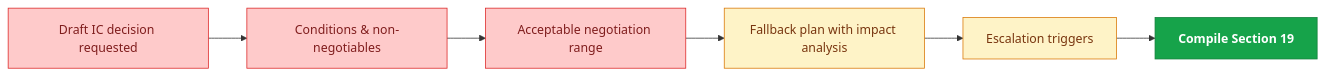
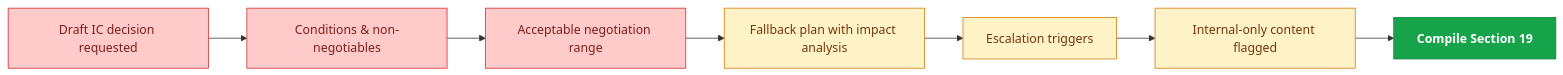
Before and after one commit to mrchanpark/IC-Memo-Flow-Chart-V2: diagram 16 of 17 in README.md, drawn with Mermaid. The commit also changed other lines of this file and 2 other files, not shown here.

````diff
--- a/README.md
+++ b/README.md
@@ -388,11 +426,12 @@
 ```mermaid
 flowchart LR
   A["Draft IC decision requested"]:::red --> B["Conditions & non-negotiables"]:::red
   B --> C["Acceptable negotiation range"]:::red
   C --> D["Fallback plan with impact analysis"]:::yel
   D --> E["Escalation triggers"]:::yel
-  E --> F["Compile Section 19"]:::grnC
+  E --> F["Internal-only content flagged"]:::yel
+  F --> G["Compile Section 19"]:::grnC
   classDef red fill:#fecaca,stroke:#dc2626,color:#7f1d1d
   classDef yel fill:#fef3c7,stroke:#d97706,color:#78350f
   classDef grnC fill:#16a34a,stroke:#15803d,color:#fff,font-weight:700
 ```
````
